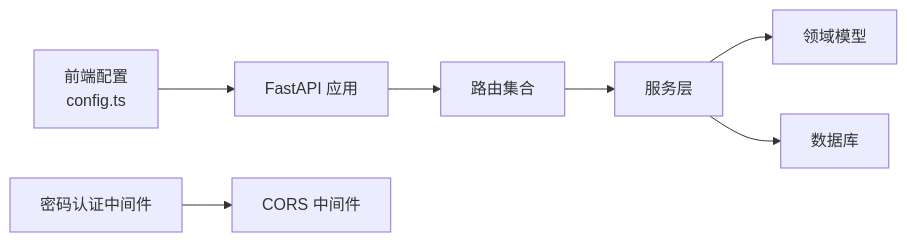
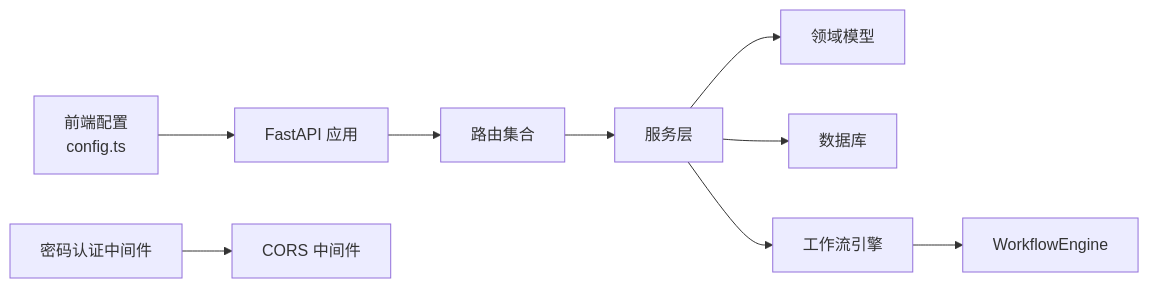
Before and after one commit to jackeyunjie/open-notebook: diagram 12 of 12 in .qoder/repowiki/zh/content/项目概述/核心功能特性/核心功能特性.md, drawn with Mermaid. The commit also changed other lines of this file and 24 other files, not shown here.

````diff
--- a/.qoder/repowiki/zh/content/项目概述/核心功能特性/核心功能特性.md
+++ b/.qoder/repowiki/zh/content/项目概述/核心功能特性/核心功能特性.md
@@ -342,9 +458,11 @@
 ```mermaid
 graph LR
 FE_CFG["前端配置<br/>config.ts"] --> API["FastAPI 应用"]
 AUTH["密码认证中间件"] --> CORS["CORS 中间件"]
 API --> Routers["路由集合"]
 Routers --> Services["服务层"]
 Services --> Domain["领域模型"]
 Services --> DB["数据库"]
+Services --> WF["工作流引擎"]
+WF --> Engine["WorkflowEngine"]
 ```
````
